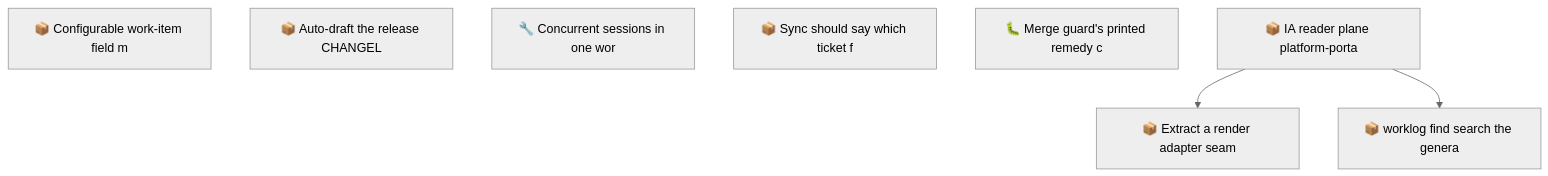
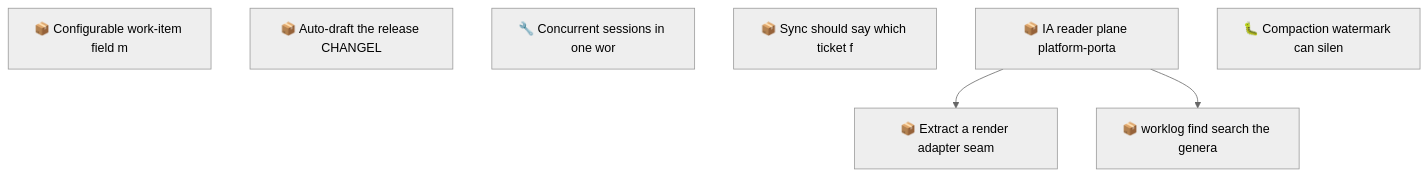
Before and after one commit to SpillwaveSolutions/wiki_ticket_sdd: the second of 2 diagrams in docs/roadmap.md, drawn with Mermaid (neutral theme). The commit also changed other lines of this file and 16 other files, not shown here.

````diff
--- a/docs/roadmap.md
+++ b/docs/roadmap.md
@@ -71,13 +71,13 @@
 ```mermaid
 graph TD
     01KY5NE0ZYGBWG44N0KPEBFCZ8["📦 Configurable work-item field m"]
     01KYAC0AC01R4C6W7YY1X8NVRV["📦 Auto-draft the release CHANGEL"]
     01KYNHEV5GCR1MDNECAXFT0GK2["🔧 Concurrent sessions in one wor"]
     01KYNHEVDSD4BTASXCTV88Q80Q["📦 Sync should say which ticket f"]
-    01KYWGJD1QCQRM6V6S0MWN5SCW["🐛 Merge guard's printed remedy c"]
     01KYWGM3KPNQNSWV03FRG23ADB["📦 IA reader plane platform-porta"]
     01KYWGM3R13Q33YZ3PJA3V7QMD["📦 Extract a render adapter seam"]
     01KYWGM3W958F3QK4HB52X1Q1X["📦 worklog find search the genera"]
+    01KYZ5CY9PS60BYH1E07DF5C9P["🐛 Compaction watermark can silen"]
     01KYWGM3KPNQNSWV03FRG23ADB --> 01KYWGM3R13Q33YZ3PJA3V7QMD
     01KYWGM3KPNQNSWV03FRG23ADB --> 01KYWGM3W958F3QK4HB52X1Q1X
 ```
````
